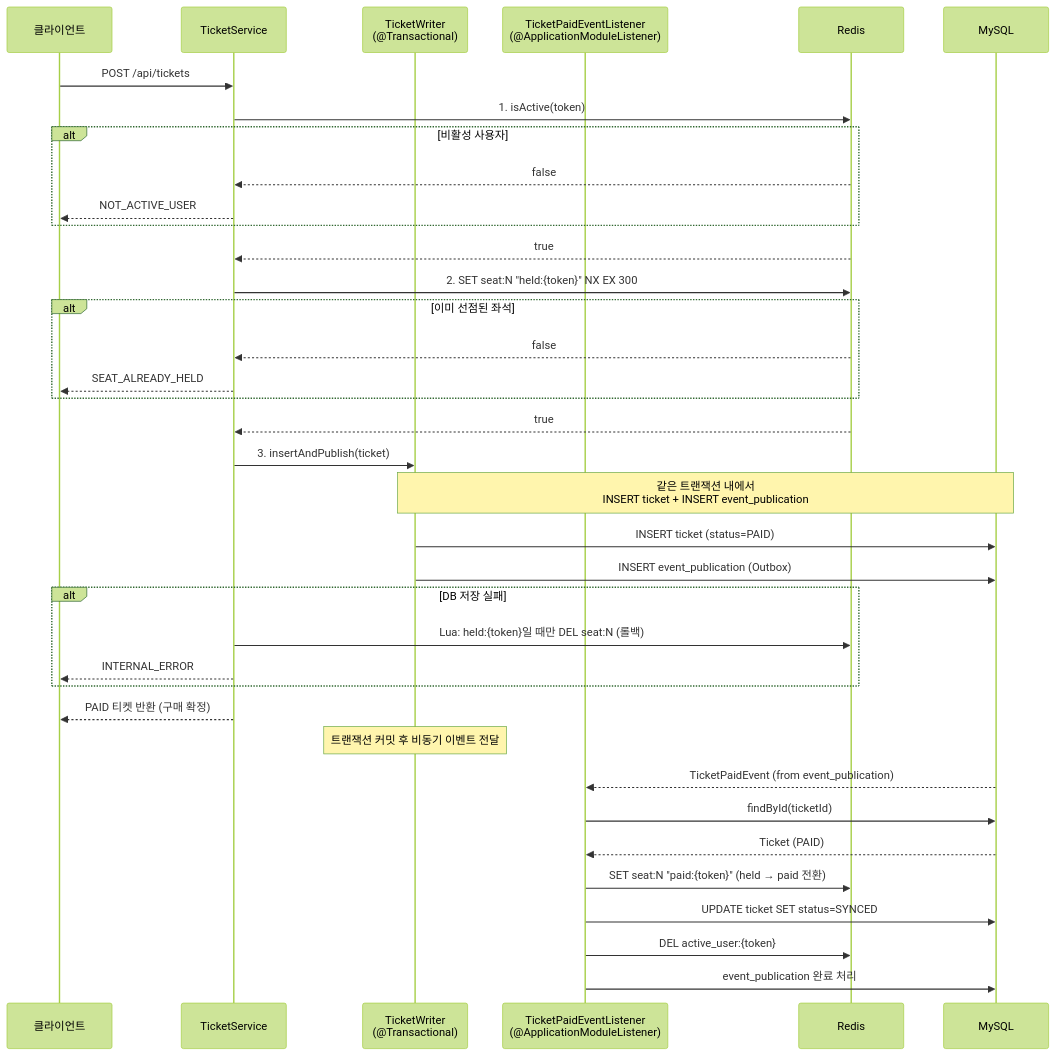
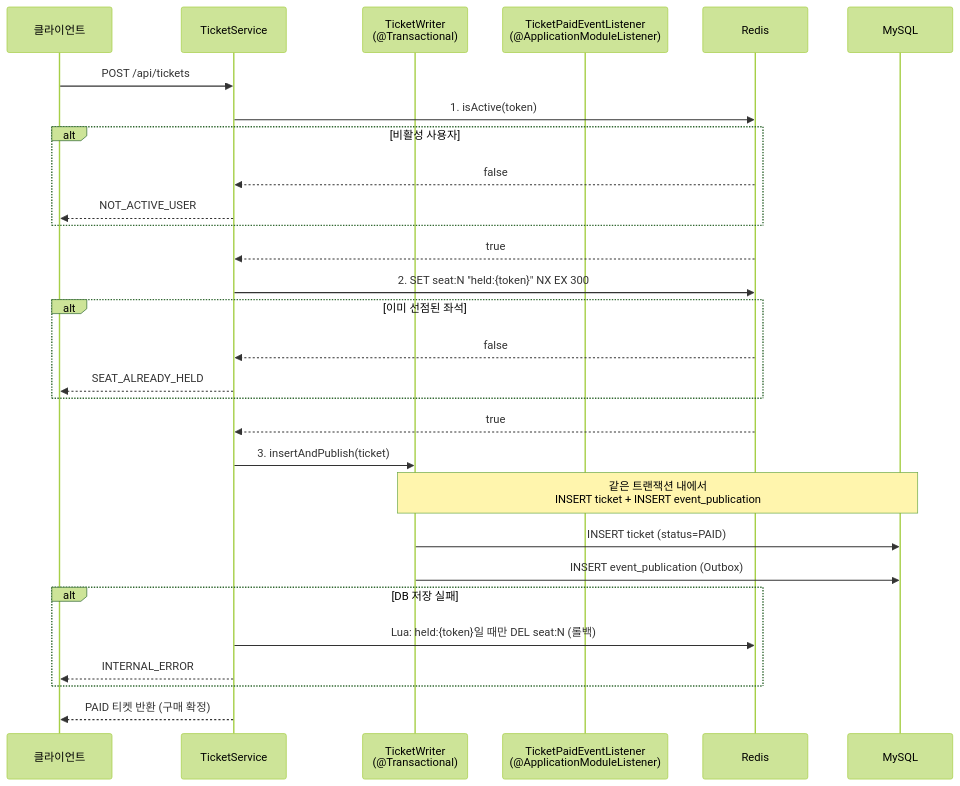
Before and after one commit to irnd04/zticket: the fifth of 7 diagrams in README.md, drawn with Mermaid (forest theme). The commit also changed other lines of this file and 3 other files, not shown here.

Commit message:
refactor: zticket.sync → zticket.event-resubmit 리네임 및 README 비동기 이벤트 섹션 통합

````diff
--- a/README.md
+++ b/README.md
@@ -196,47 +196,36 @@
 ```mermaid
 sequenceDiagram
     participant C as 클라이언트
     participant T as TicketService
     participant W as TicketWriter<br/>(@Transactional)
     participant L as TicketPaidEventListener<br/>(@ApplicationModuleListener)
     participant R as Redis
     participant DB as MySQL
 
     C->>T: POST /api/tickets
 
     T->>R: 1. isActive(token)
     alt 비활성 사용자
         R-->>T: false
         T-->>C: NOT_ACTIVE_USER
     end
     R-->>T: true
 
     T->>R: 2. SET seat:N "held:{token}" NX EX 300
     alt 이미 선점된 좌석
         R-->>T: false
         T-->>C: SEAT_ALREADY_HELD
     end
     R-->>T: true
 
     T->>W: 3. insertAndPublish(ticket)
     Note over W,DB: 같은 트랜잭션 내에서<br/>INSERT ticket + INSERT event_publication
     W->>DB: INSERT ticket (status=PAID)
     W->>DB: INSERT event_publication (Outbox)
     alt DB 저장 실패
         T->>R: Lua: held:{token}일 때만 DEL seat:N (롤백)
         T-->>C: INTERNAL_ERROR
     end
 
     T-->>C: PAID 티켓 반환 (구매 확정)
-
-    Note over W: 트랜잭션 커밋 후 비동기 이벤트 전달
-
-    DB-->>L: TicketPaidEvent (from event_publication)
-    L->>DB: findById(ticketId)
-    DB-->>L: Ticket (PAID)
-
-    L->>R: SET seat:N "paid:{token}" (held → paid 전환)
-    L->>DB: UPDATE ticket SET status=SYNCED
-    L->>R: DEL active_user:{token}
-    L->>DB: event_publication 완료 처리
 ```
````
